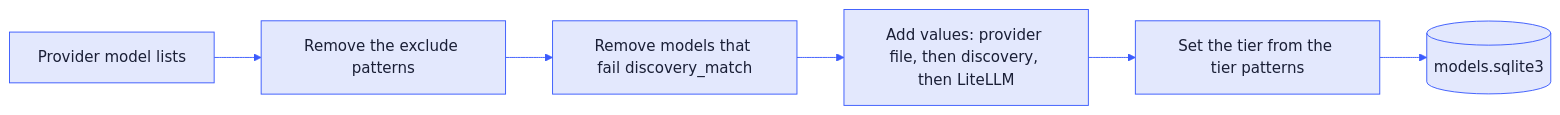
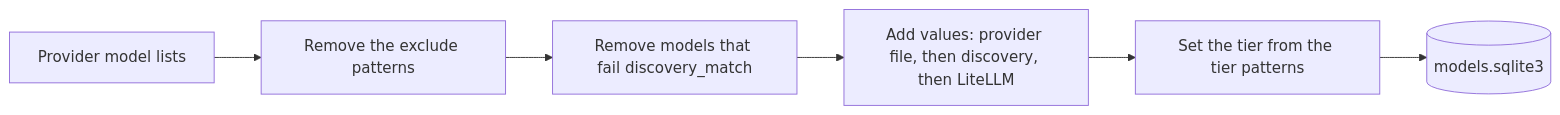
The diagram in docs/providers.md (nemoe7/daedalus), drawn with Mermaid before and after one commit. The commit also changed 3 other files, not shown here.

Commit message:
docs: use the default mermaid theme in every diagram

````diff
--- a/docs/providers.md
+++ b/docs/providers.md
@@ -93,9 +93,8 @@
 ```mermaid
-%%{init: {"theme": "base", "themeVariables": {"primaryColor": "#e3e8fd", "primaryBorderColor": "#3b5bfd", "primaryTextColor": "#1a1f36", "lineColor": "#3b5bfd", "textColor": "#3b5bfd", "secondaryColor": "#ede9fe", "tertiaryColor": "#f5f3ff", "clusterBkg": "#f5f3ff", "clusterBorder": "#8b5cf6", "titleColor": "#5c388c", "edgeLabelBackground": "#ffffff", "noteBkgColor": "#ede9fe", "noteBorderColor": "#8b5cf6"}}}%%
 flowchart LR
   D[Provider model lists] --> X[Remove the exclude patterns]
   X --> M[Remove models that fail discovery_match]
   M --> V[Add values: provider file, then discovery, then LiteLLM]
   V --> T[Set the tier from the tier patterns]
   T --> S[(models.sqlite3)]
 ```
````
